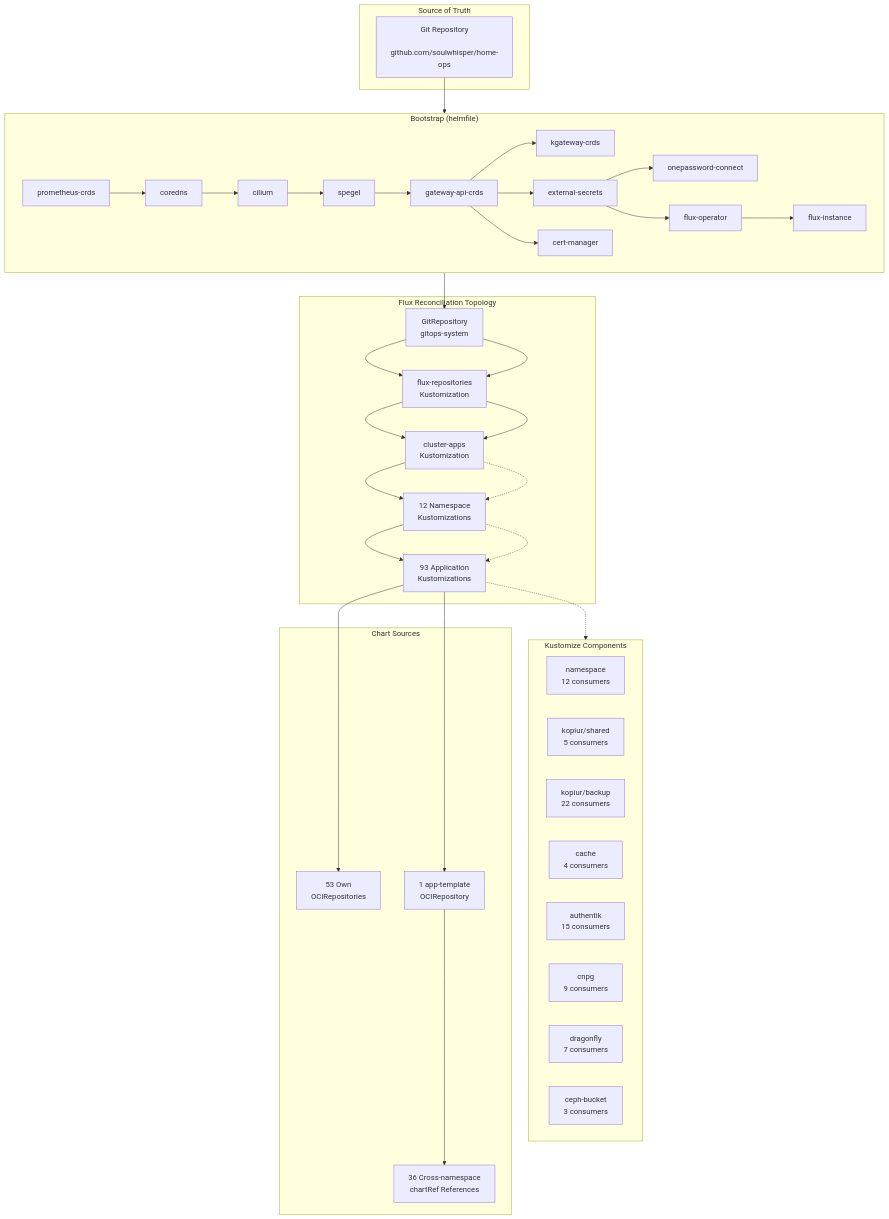
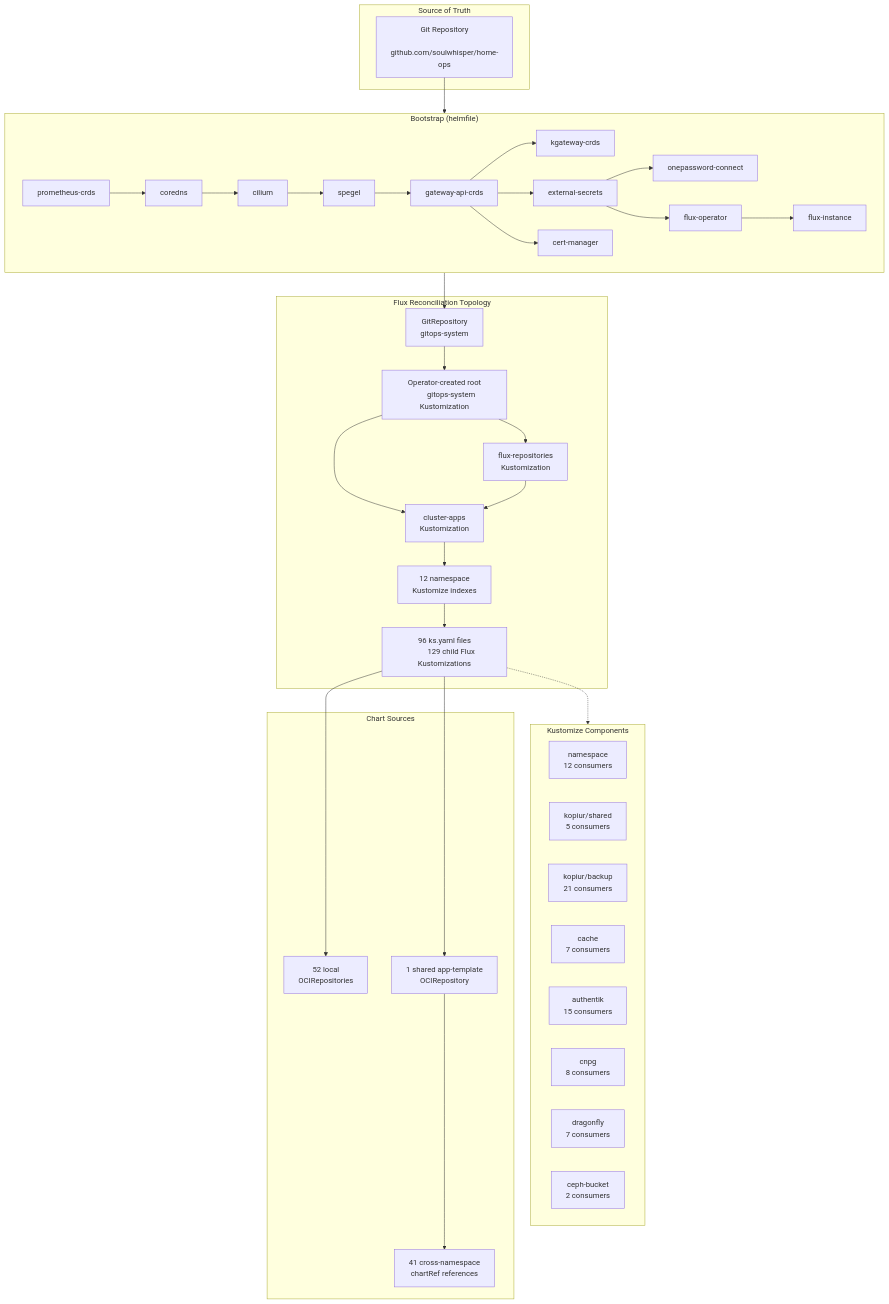
Before and after one commit to soulwhisper/home-ops: the diagram in docs/infrastructure/kubernetes.md, drawn with Mermaid. The commit also changed other lines of this file and 3 other files, not shown here.

````diff
--- a/docs/infrastructure/kubernetes.md
+++ b/docs/infrastructure/kubernetes.md
@@ -12,72 +12,71 @@
 ```mermaid
 flowchart TB
     subgraph Source["Source of Truth"]
         GIT["Git Repository
         github.com/soulwhisper/home-ops"]
     end
 
     subgraph Bootstrap["Bootstrap (helmfile)"]
         direction LR
         B1["prometheus-crds"] --> B2["coredns"]
         B2 --> B3["cilium"]
         B3 --> B4["spegel"]
         B4 --> B5["gateway-api-crds"]
         B5 --> B6["kgateway-crds"]
         B5 --> B7["external-secrets"]
         B5 --> B8["cert-manager"]
         B7 --> B9["onepassword-connect"]
         B7 --> B11["flux-operator"]
         B11 --> B12["flux-instance"]
     end
 
     subgraph FluxTopo["Flux Reconciliation Topology"]
         GR["GitRepository
-        gitops-system"] --> FR["flux-repositories
+        gitops-system"] --> ROOT["Operator-created root
+        gitops-system Kustomization"]
+        ROOT --> FR["flux-repositories
         Kustomization"]
-        FR --> CA["cluster-apps
+        ROOT --> CA["cluster-apps
         Kustomization"]
-        CA --> NS["12 Namespace
-        Kustomizations"]
-        NS --> APPS["93 Application
-        Kustomizations"]
+        FR --> CA
+        CA --> NS["12 namespace
+        Kustomize indexes"]
+        NS --> APPS["96 ks.yaml files
+        129 child Flux Kustomizations"]
     end
 
     subgraph Components["Kustomize Components"]
         NS_COMP["namespace
         12 consumers"]
         KOPIUR_SECRET["kopiur/shared
         5 consumers"]
         KOPIUR_BACKUP["kopiur/backup
-        22 consumers"]
+        21 consumers"]
         CACHE["cache
-        4 consumers"]
+        7 consumers"]
         AUTHENTIK["authentik
         15 consumers"]
         CNPG["cnpg
-        9 consumers"]
+        8 consumers"]
         DRAGONFLY["dragonfly
         7 consumers"]
         CEPH["ceph-bucket
-        3 consumers"]
+        2 consumers"]
     end
 
     subgraph Charts["Chart Sources"]
-        OCI_OWN["53 Own
+        OCI_OWN["52 local
         OCIRepositories"]
-        OCI_TPL["1 app-template
+        OCI_TPL["1 shared app-template
         OCIRepository"]
-        CROSS["36 Cross-namespace
-        chartRef References"]
+        CROSS["41 cross-namespace
+        chartRef references"]
     end
 
     GIT --> Bootstrap
     Bootstrap --> GR
-    GR --> FR
-    FR --> CA
-    CA -.-> NS
-    NS -.-> APPS
     APPS -.-> Components
     APPS --> OCI_OWN
     APPS --> OCI_TPL
     OCI_TPL --> CROSS
 ```
````
